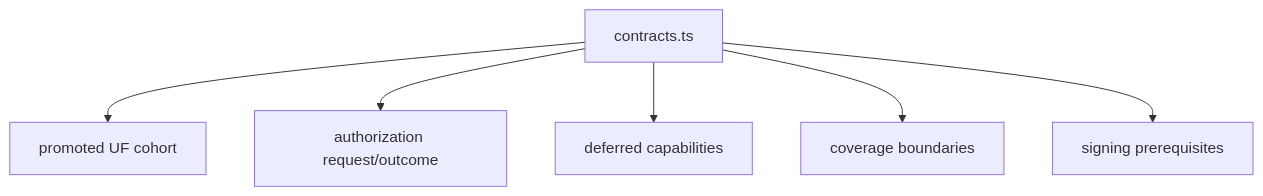
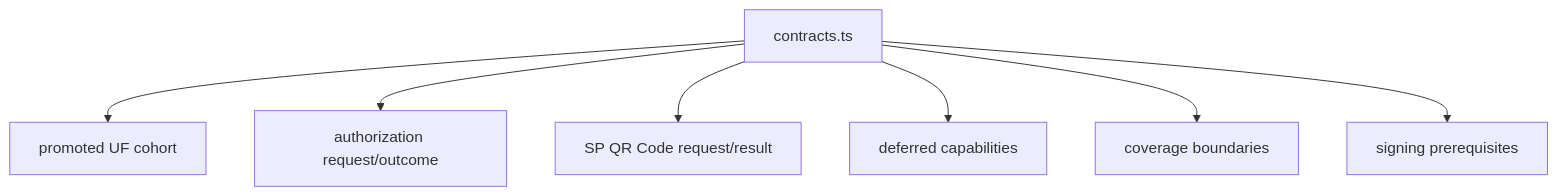
Before and after one commit to linkiez/nfe_sdk: the diagram in src/canonical/nfce/contracts.doc.md, drawn with Mermaid. The commit also changed other lines of this file and 43 other files, not shown here.

````diff
--- a/src/canonical/nfce/contracts.doc.md
+++ b/src/canonical/nfce/contracts.doc.md
@@ -21,8 +22,9 @@
 ```mermaid
 flowchart TD
   A[contracts.ts] --> B[promoted UF cohort]
   A --> C[authorization request/outcome]
+  A --> C1[SP QR Code request/result]
   A --> D[deferred capabilities]
   A --> E[coverage boundaries]
   A --> F[signing prerequisites]
 ```
````
